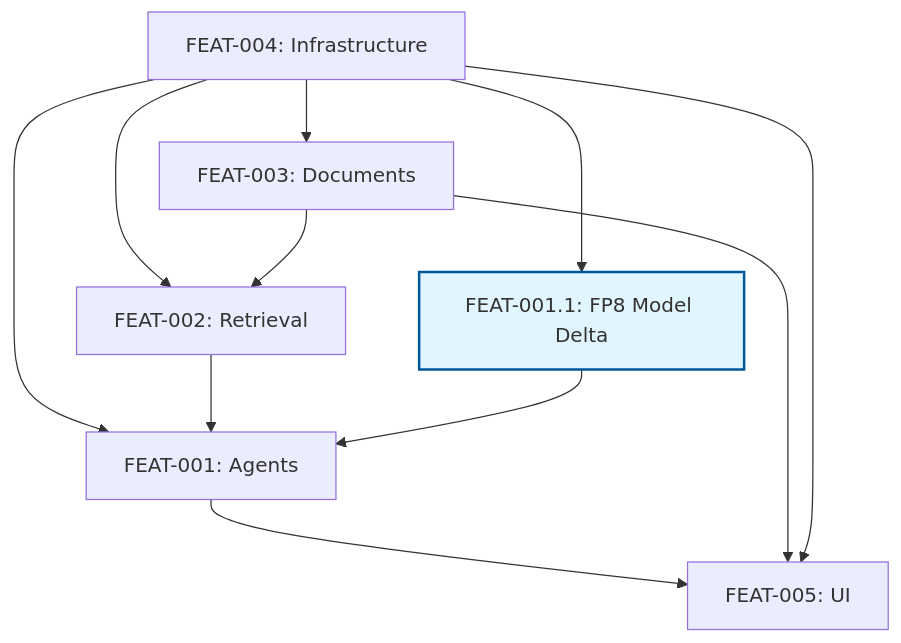
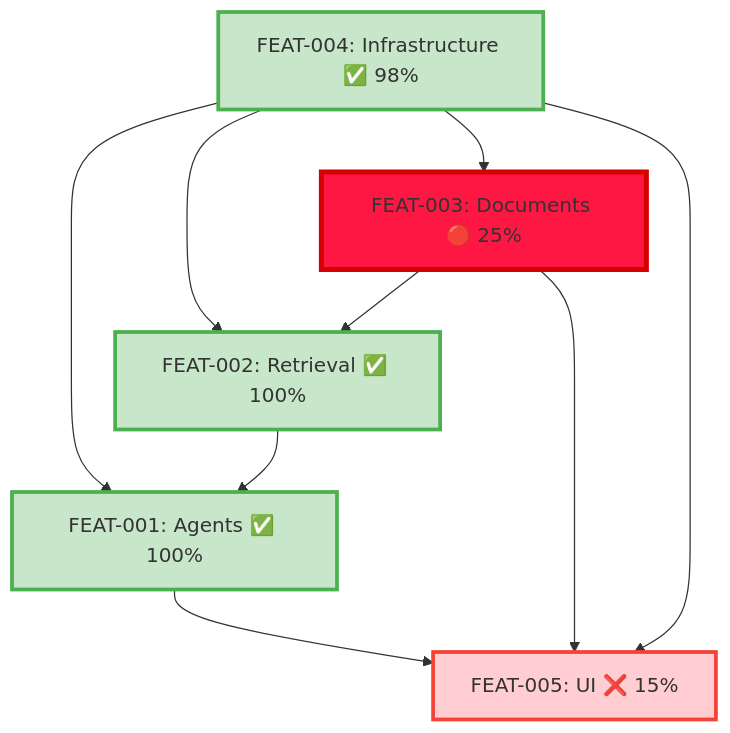
One commit to BjornMelin/docmind-ai-llm changed the diagram in docs/specs/TRACE_MATRIX.md. Above: the diagram before and after it, drawn with Mermaid. The commit also changed other lines of this file and 64 other files, not shown here.

````diff
--- a/docs/specs/TRACE_MATRIX.md
+++ b/docs/specs/TRACE_MATRIX.md
@@ -171,16 +232,19 @@
 ```mermaid
 graph TD
-    FEAT004[FEAT-004: Infrastructure] --> FEAT003[FEAT-003: Documents]
-    FEAT004 --> FEAT002[FEAT-002: Retrieval]
+    FEAT004[FEAT-004: Infrastructure ✅ 98%] --> FEAT003[FEAT-003: Documents 🔴 25%]
+    FEAT004 --> FEAT002[FEAT-002: Retrieval ✅ 100%]
     FEAT003 --> FEAT002
-    FEAT004 --> FEAT001[FEAT-001: Agents]
+    FEAT004 --> FEAT001[FEAT-001: Agents ✅ 100%]
     FEAT002 --> FEAT001
-    FEAT001 --> FEAT005[FEAT-005: UI]
+    FEAT001 --> FEAT005[FEAT-005: UI ❌ 15%]
     FEAT003 --> FEAT005
     FEAT004 --> FEAT005
-    FEAT004 --> FEAT001_1[FEAT-001.1: FP8 Model Delta]
-    FEAT001_1 --> FEAT001
     
-    classDef deltaSpec fill:#e1f5fe,stroke:#01579b,stroke-width:2px
-    class FEAT001_1 deltaSpec
+    classDef prodReady fill:#c8e6c9,stroke:#4caf50,stroke-width:3px
+    classDef adrViolation fill:#ffcdd2,stroke:#f44336,stroke-width:3px
+    classDef blocking fill:#ff1744,stroke:#d50000,stroke-width:4px
+    
+    class FEAT001,FEAT002,FEAT004 prodReady
+    class FEAT005 adrViolation
+    class FEAT003 blocking
 ```
````
